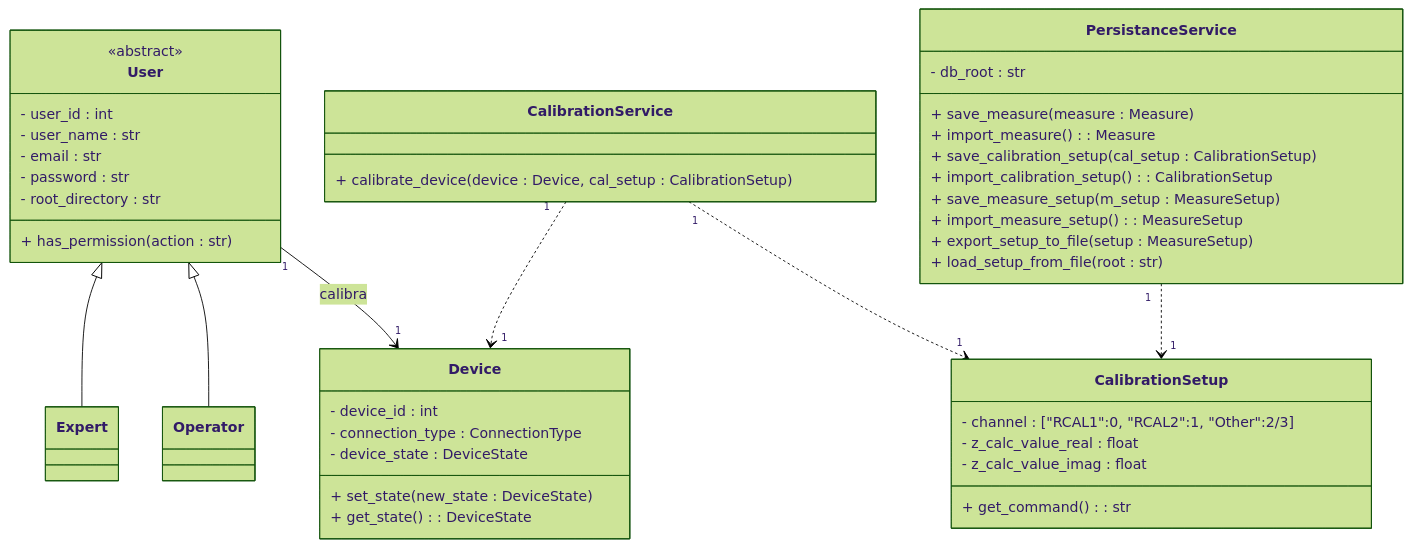
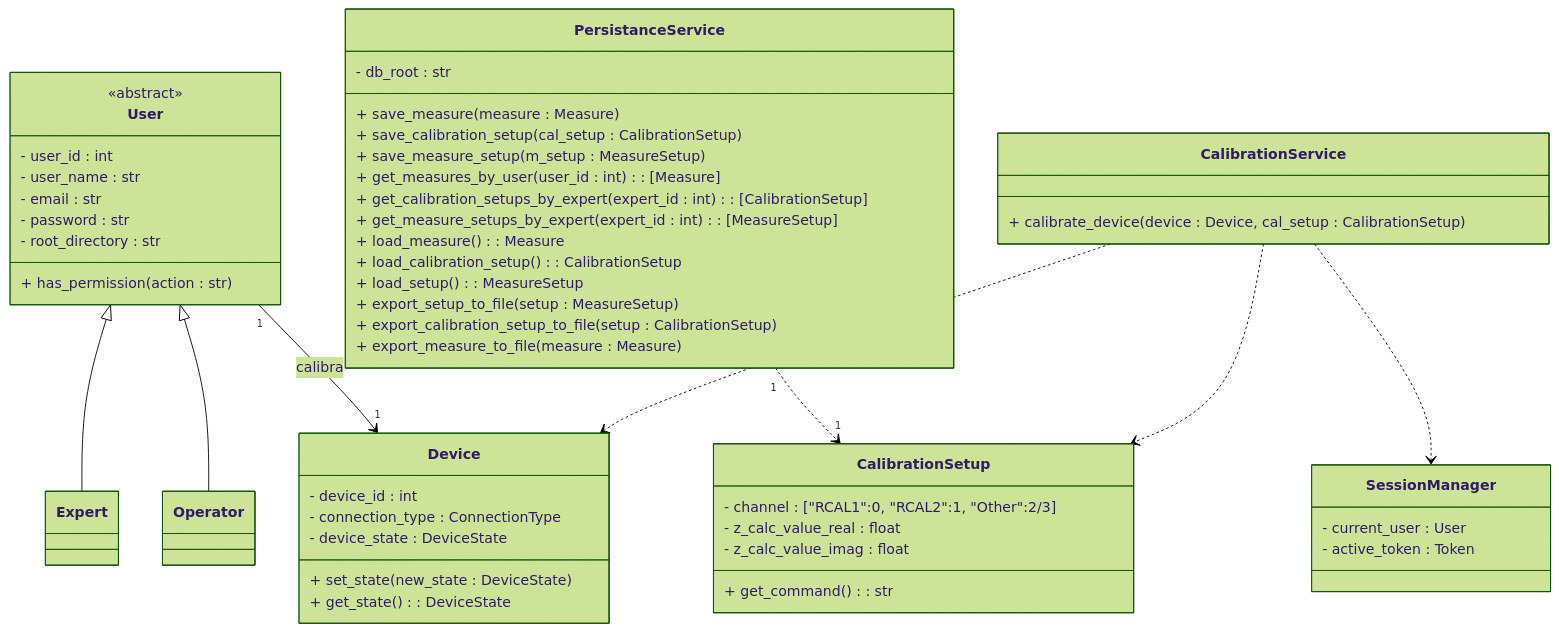
One commit to alegrelias/Repo-GMini changed diagram 14 of 22 in Gmini-MarkDown/Guanaco Mini.md. Above: the diagram before and after it, drawn with Mermaid (forest theme). The commit also changed other lines of this file and 3 other files, not shown here.

````diff
--- a/Gmini-MarkDown/Guanaco Mini.md
+++ b/Gmini-MarkDown/Guanaco Mini.md
@@ -1340,64 +1413,78 @@
 ```mermaid
 classDiagram
 
 %% jerarquias
 User <|-- Expert
 User <|-- Operator
 
 %% clases
 class User {
 	<<abstract>>
 	- user_id : int
 	- user_name : str
 	- email : str
 	- password : str
 	- root_directory : str
 	+ has_permission(action : str)
 }
     
 class Operator{
 
 }
 class Expert{
 
 }
 
 class CalibrationSetup{
 	- channel : ["RCAL1":0, "RCAL2":1, "Other":2/3]
 	- z_calc_value_real : float
 	- z_calc_value_imag : float
 	+ get_command() : str
 }
 
 class Device{
 	- device_id : int
 	- connection_type : ConnectionType
 	- device_state : DeviceState
 	+ set_state(new_state : DeviceState)
 	+ get_state() : DeviceState
 }
 
 class CalibrationService{
 	+ calibrate_device(device : Device, cal_setup : CalibrationSetup)
 }
 
+class SessionManager{
+	- current_user : User
+	- active_token : Token
+}
+
 class PersistanceService{
 	- db_root : str
+	  
+	%% operaciones en db
 	+ save_measure(measure : Measure)
-	+ import_measure() : Measure
 	+ save_calibration_setup(cal_setup : CalibrationSetup)
-	+ import_calibration_setup() : CalibrationSetup
 	+ save_measure_setup(m_setup : MeasureSetup)
-	+ import_measure_setup() : MeasureSetup
+	+ get_measures_by_user(user_id : int) : [Measure]
+	+ get_calibration_setups_by_expert(expert_id : int) : [CalibrationSetup]
+	+ get_measure_setups_by_expert(expert_id : int) : [MeasureSetup]
+	  
+	%% operaciones en archivos
+	+ load_measure() : Measure
+	+ load_calibration_setup() : CalibrationSetup
+	+ load_setup() : MeasureSetup
 	+ export_setup_to_file(setup : MeasureSetup)
-	+ load_setup_from_file(root : str)
+	+ export_calibration_setup_to_file(setup : CalibrationSetup)
+	+ export_measure_to_file(measure : Measure)
 }
 
 %% relaciones
 User "1"-->"1" Device : calibra
 
 PersistanceService "1"..>"1" CalibrationSetup
 
-CalibrationService "1"..>"1" Device
-CalibrationService "1"..>"1" CalibrationSetup
+CalibrationService ..> Device
+CalibrationService ..> CalibrationSetup
+CalibrationService ..> SessionManager
 ```
````
